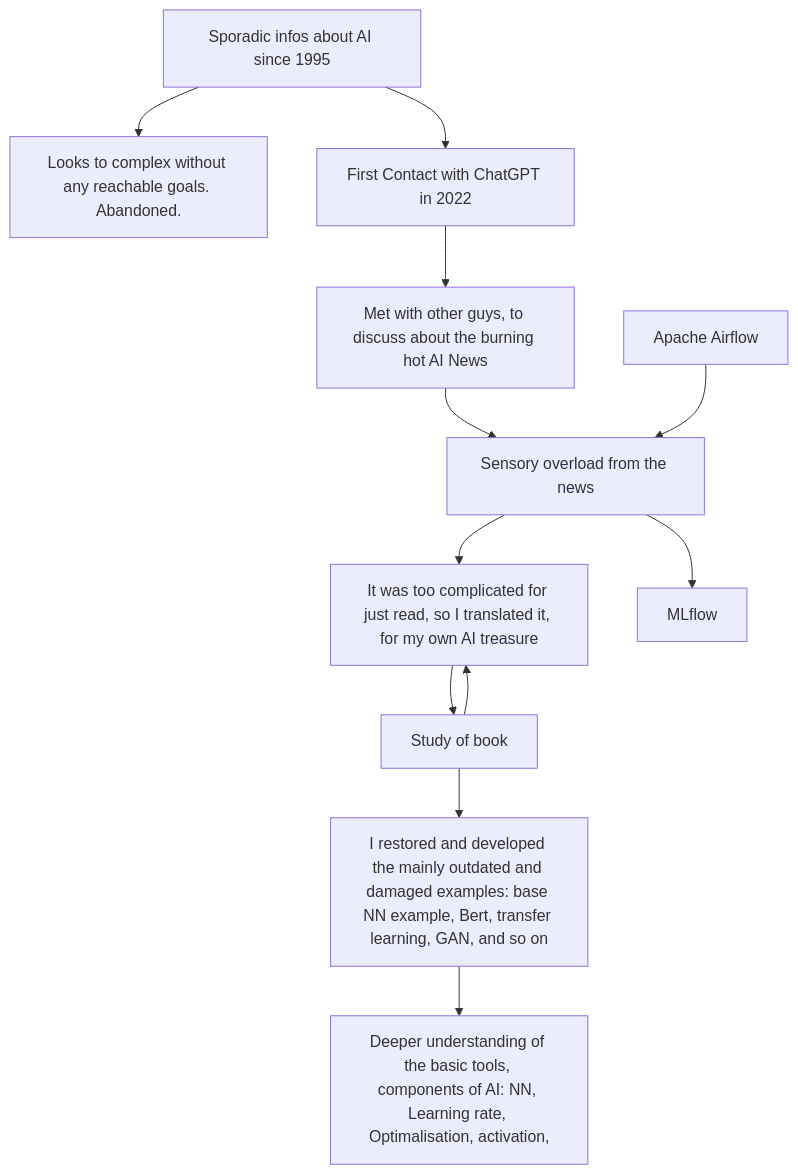
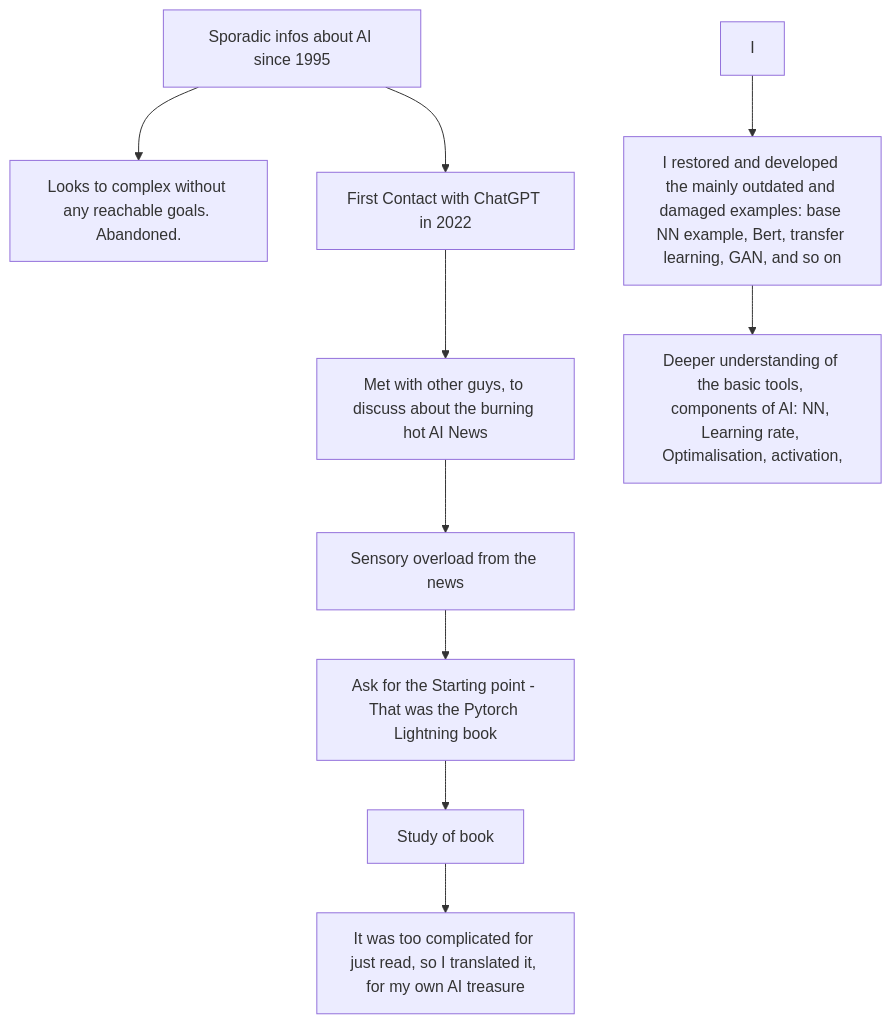
Before and after one commit to vmistvan/VMI_CV_AI: the diagram in README.md, drawn with Mermaid.

Commit message:
Update README.md
sooo

````diff
--- a/README.md
+++ b/README.md
@@ -3,14 +3,13 @@
 ```mermaid
 graph TD
     A[Sporadic infos about AI since 1995] --> B[Looks to complex without any reachable goals. Abandoned.]
     A --> C[First Contact with ChatGPT in 2022]
     C --> D[Met with other guys, to discuss about the burning hot AI News]
     D --> E[Sensory overload from the news]
     E --> F[Ask for the Starting point - That was the Pytorch Lightning book]
     F --> G[Study of book]
-    G --> F[It was too complicated for just read, so I translated it, for my own AI treasure]
-    G --> H[I restored and developed the mainly outdated and damaged examples: base NN example, Bert, transfer learning, GAN, and so on]
-    H --> I[Deeper understanding of the basic tools, components of AI: NN, Learning rate, Optimalisation, activation, ]
-    J[Apache Airflow] --> E
-    E --> K[MLflow]
+    G --> H[It was too complicated for just read, so I translated it, for my own AI treasure]
+    I --> J[I restored and developed the mainly outdated and damaged examples: base NN example, Bert, transfer learning, GAN, and so on]
+    J --> K[Deeper understanding of the basic tools, components of AI: NN, Learning rate, Optimalisation, activation, ]
+    
 ```
````
